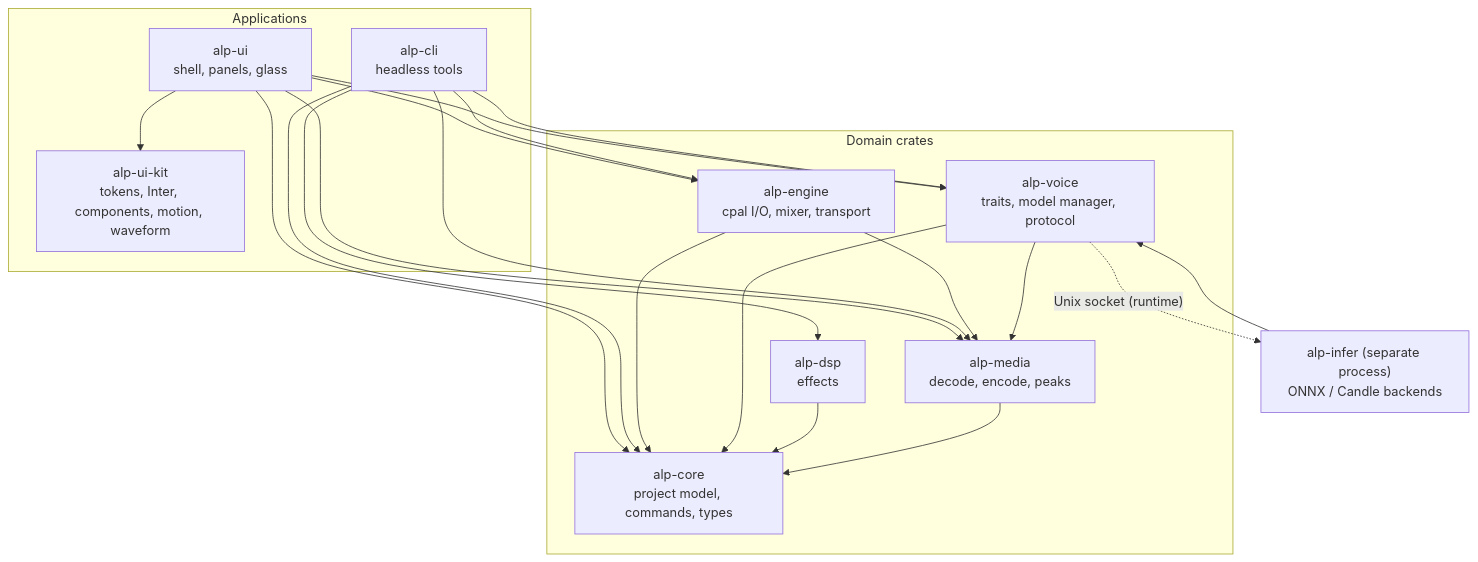
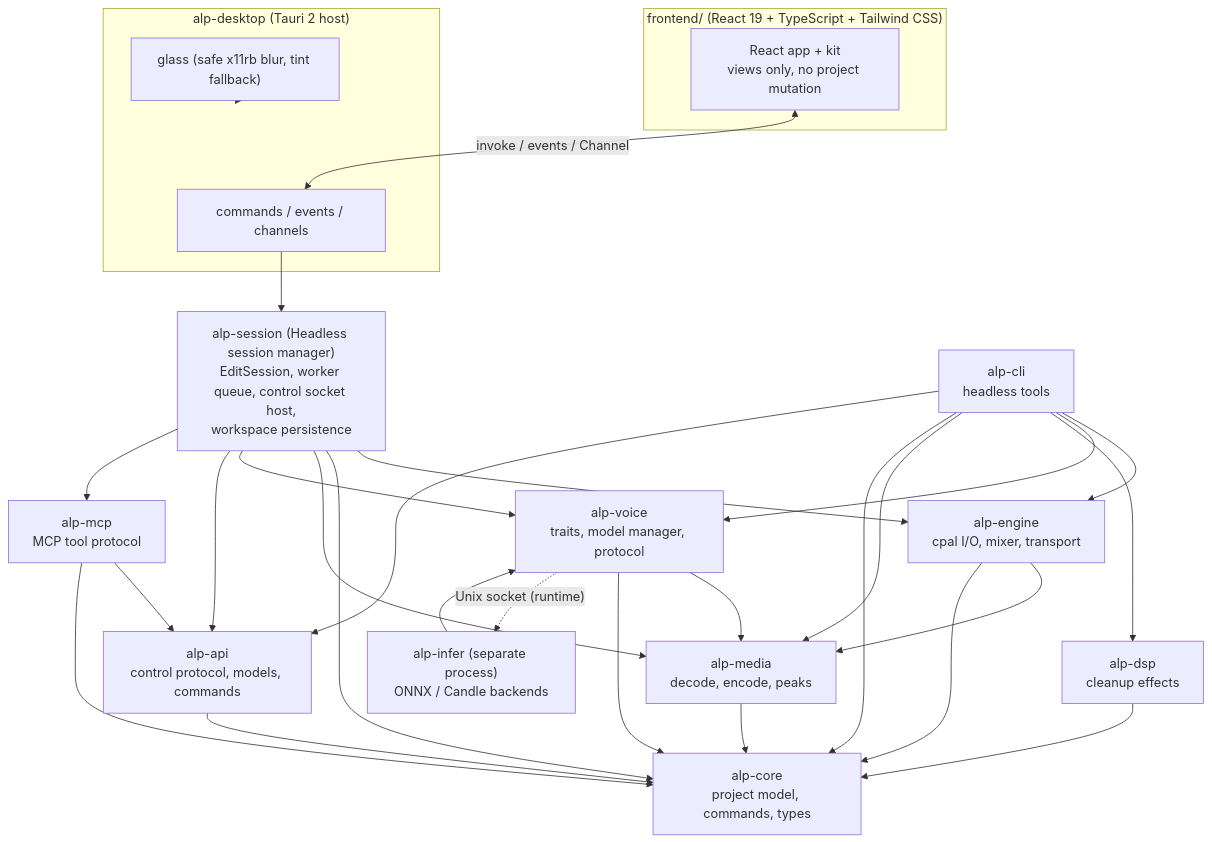
Before and after one commit to zvirox/audio-labs-pro: the diagram in docs/architecture/ARCHITECTURE.md, drawn with Mermaid. The commit also changed other lines of this file and 2 other files, not shown here.

Commit message:
docs: record Phase M8 packaging and cutover completion in architecture and changelog

````diff
--- a/docs/architecture/ARCHITECTURE.md
+++ b/docs/architecture/ARCHITECTURE.md
@@ -26,35 +27,47 @@
 ```mermaid
 flowchart TD
-  subgraph APP["Applications"]
-    UI["alp-ui<br/>shell, panels, glass"]
-    CLI["alp-cli<br/>headless tools"]
-    KIT["alp-ui-kit<br/>tokens, Inter, components, motion, waveform"]
+  subgraph FE["frontend/ (React 19 + TypeScript + Tailwind CSS)"]
+    REACT["React app + kit<br/>views only, no project mutation"]
   end
-  subgraph DOMAIN["Domain crates"]
-    ENG["alp-engine<br/>cpal I/O, mixer, transport"]
-    VOICE["alp-voice<br/>traits, model manager, protocol"]
-    DSP["alp-dsp<br/>effects"]
-    MEDIA["alp-media<br/>decode, encode, peaks"]
-    CORE["alp-core<br/>project model, commands, types"]
+  subgraph DESK["alp-desktop (Tauri 2 host)"]
+    IPC["commands / events / channels"]
+    GLASS["glass (safe x11rb blur, tint fallback)"]
   end
+  SESSION["alp-session (Headless session manager)<br/>EditSession, worker queue, control socket host,<br/>workspace persistence"]
+  ENG["alp-engine<br/>cpal I/O, mixer, transport"]
+  CORE["alp-core<br/>project model, commands, types"]
+  MEDIA["alp-media<br/>decode, encode, peaks"]
+  VOICE["alp-voice<br/>traits, model manager, protocol"]
+  API["alp-api<br/>control protocol, models, commands"]
+  MCP["alp-mcp<br/>MCP tool protocol"]
+  DSP["alp-dsp<br/>cleanup effects"]
   INFER["alp-infer (separate process)<br/>ONNX / Candle backends"]
+  CLI["alp-cli<br/>headless tools"]
 
-  UI --> KIT
-  UI --> ENG
-  UI --> VOICE
-  UI --> MEDIA
-  UI --> CORE
+  REACT <-->|invoke / events / Channel| IPC
+  IPC --> SESSION
+  GLASS --> DESK
+  SESSION --> ENG
+  SESSION --> CORE
+  SESSION --> MEDIA
+  SESSION --> VOICE
+  SESSION --> API
+  SESSION --> MCP
   CLI --> ENG
   CLI --> VOICE
   CLI --> DSP
   CLI --> MEDIA
   CLI --> CORE
+  CLI --> API
   ENG --> MEDIA
   ENG --> CORE
   VOICE --> MEDIA
   VOICE --> CORE
   DSP --> CORE
   MEDIA --> CORE
+  API --> CORE
+  MCP --> API
+  MCP --> CORE
   INFER --> VOICE
   VOICE -. "Unix socket (runtime)" .-> INFER
 ```
````
